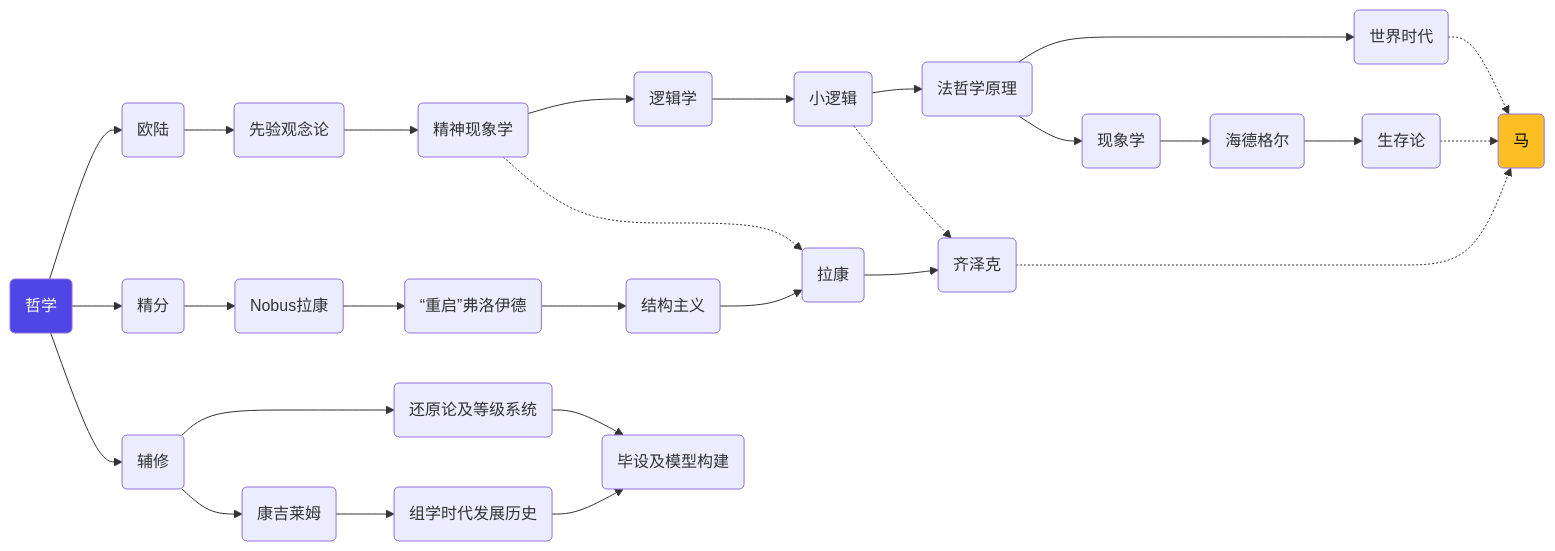
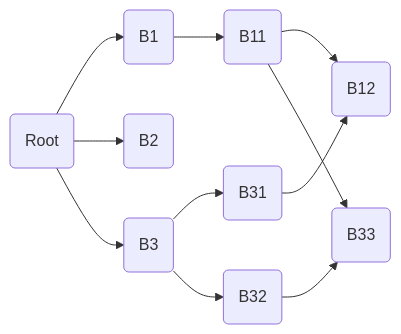
Diagram 12 of 12 in 1.1-流程图基本语法.md (ursa-minor-alkaid/Mermaid-Learning), drawn with Mermaid before and after one commit. The commit also changed other lines of this file and 4 other files, not shown here.

````diff
--- a/1.1-流程图基本语法.md
+++ b/1.1-流程图基本语法.md
@@ -214,59 +267,31 @@
-```mermaid
-graph LR
-    %% 所有node
-    P(哲学)
-    P1(欧陆)
-    P2(精分)
-    P3(辅修)
+    ```mermaid
+    graph LR
+        %% 所有node
+        P(Root)
+        P1(B1)
+        P2(B2)
+        P3(B3)
 
-    P1a(先验观念论)
-    P1b(精神现象学)
-    P1c(逻辑学)
-    P1d(小逻辑)
-    P1e(法哲学原理)
-    P1f(世界时代)
-    P1g(现象学)
-    P1h(海德格尔)
-    P1i(生存论)
+        P11(B11)
+        P12(B12)
 
-    P2a(Nobus拉康)
-    P2b("“重启”弗洛伊德")
-    P2c(结构主义)
-    P2d(拉康)
-    P2e(齐泽克)
+        P31(B31)
+        P32(B32)
+        P33(B33)
 
-    P3a(还原论及等级系统)
-    P3b(康吉莱姆)
-    P3c(组学时代发展历史)
-    P3d(毕设及模型构建)
+        %% 三个分支
+        P --> P1
+        P --> P2
+        P --> P3
 
-    M(马)
+        %% 分支1路线
+        P1 --> P11 --> P12
 
-    %% 三个分支
-    P --> P1
-    P --> P2
-    P --> P3
+        %% 分支3路线
+        P3 --> P31
+        P3 --> P32 --> P33
 
-    %% 分支1路线
-    P1 --> P1a --> P1b --> P1c --> P1d --> P1e
-    P1e --> P1f
-    P1e --> P1g
-    P1g --> P1h --> P1i
-
-    %% 分支2路线
-    P2 --> P2a --> P2b --> P2c --> P2d --> P2e
-
-    %% 分支3路线
-    P3 --> P3a --> P3d
-    P3 --> P3b --> P3c --> P3d
-
-    %% 分支间路线
-    P1b -.-> P2d
-    P1d -.-> P2e
-    P1f -.-> M
-    P1i -.-> M
-    P2e -.-> M
-
-    style P fill:#4F46E5,color:#fff
-    style M fill:#FBBF24,color:#000
-```
+        %% 分支间路线
+        P31 --> P12
+        P11 --> P33
+    ```
````
